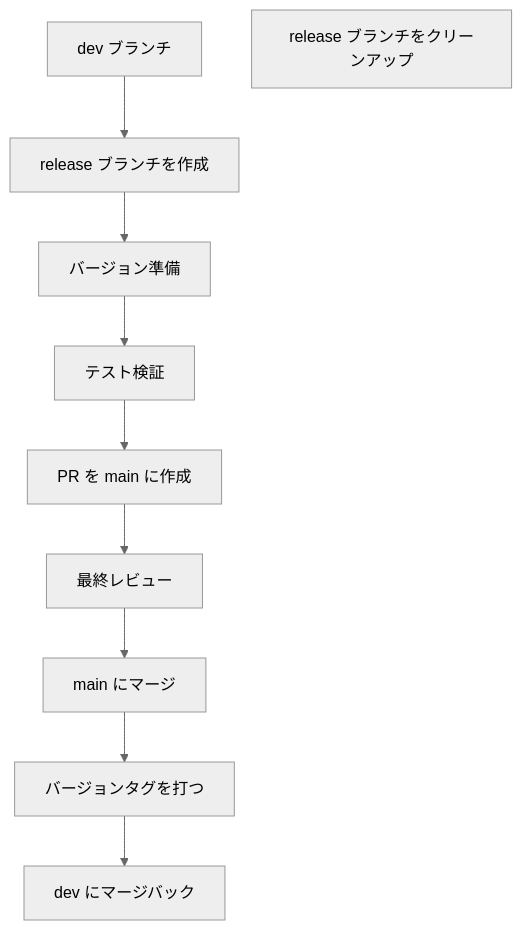
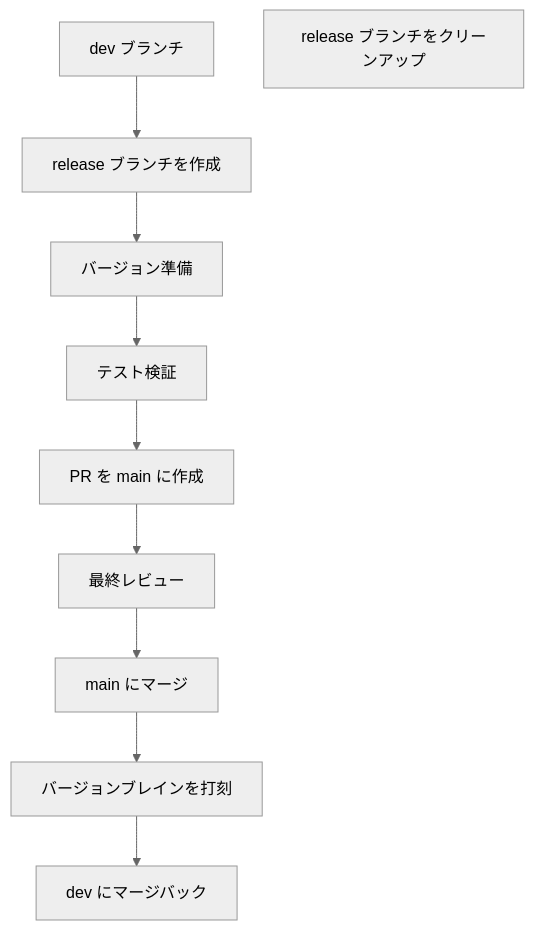
Before and after one commit to ChenXu233/YaoXiang: the third of 3 diagrams in docs/src/ja/dev/branch-maintenance-guide.md, drawn with Mermaid (neutral theme). The commit also changed other lines of this file and 358 other files, not shown here.

````diff
--- a/docs/src/ja/dev/branch-maintenance-guide.md
+++ b/docs/src/ja/dev/branch-maintenance-guide.md
@@ -181,12 +181,12 @@
 ```mermaid
 graph TD
     A[dev ブランチ] --> B[release ブランチを作成]
     B --> C[バージョン準備]
     C --> D[テスト検証]
     D --> E[PR を main に作成]
     E --> F[最終レビュー]
     F --> G[main にマージ]
-    G --> H[バージョンタグを打つ]
+    G --> H[バージョンブレインを打刻]
     H --> I[dev にマージバック]
     J[release ブランチをクリーンアップ]
 ```
````
